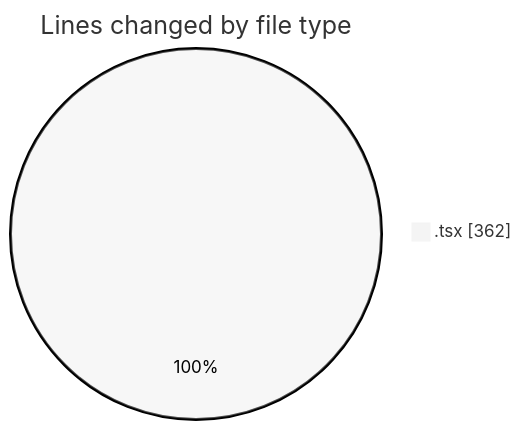
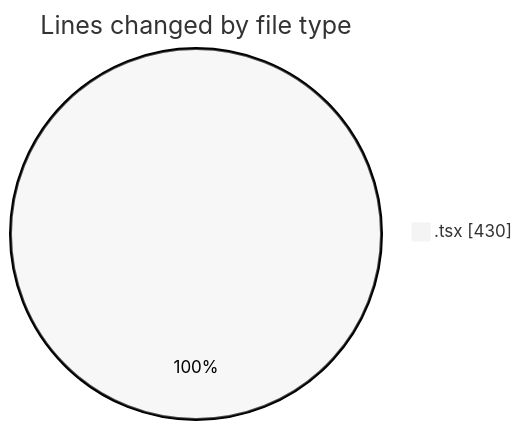
One commit to momahboobian/code-tracking changed the first of 2 diagrams in 2025-02-11/cda/README.md. Above: the diagram before and after it, drawn with Mermaid (neutral theme). The commit also changed other lines of this file and 1 other file, not shown here.

````diff
--- a/2025-02-11/cda/README.md
+++ b/2025-02-11/cda/README.md
@@ -20,5 +20,5 @@
 ```mermaid
 pie showData
 title Lines changed by file type
-".tsx" : 362
+".tsx" : 430
 ```
````
